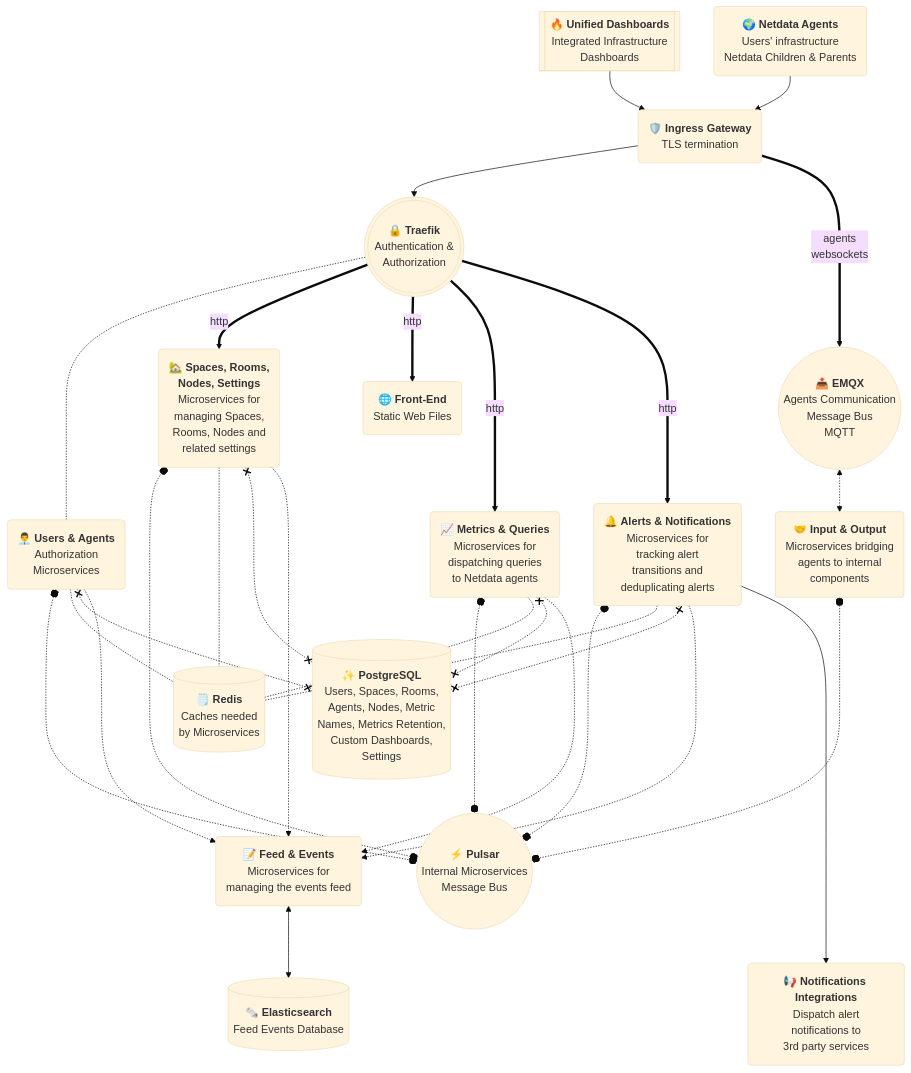
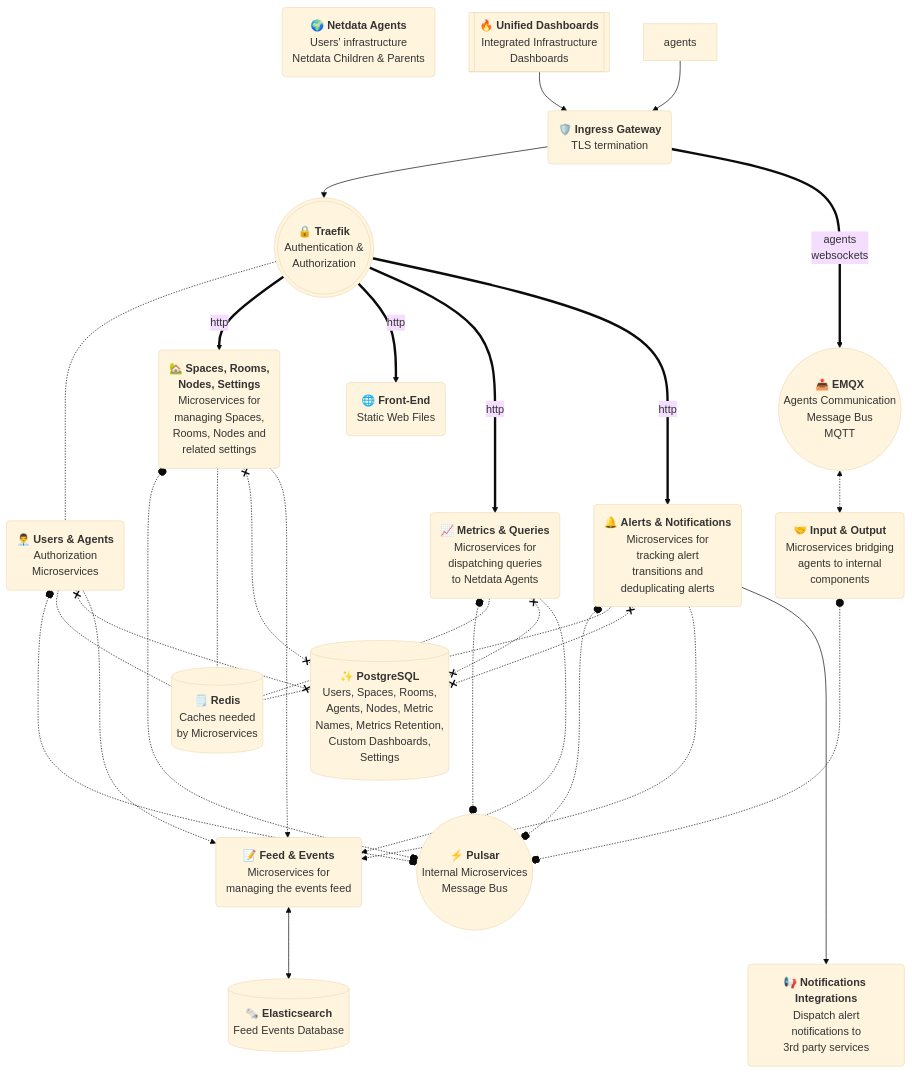
The diagram in docs/netdata-cloud/netdata-cloud-on-prem/README.md (Bvegas882/netdata), drawn with Mermaid (base theme) before and after one commit. The commit also changed 89 other files, not shown here.

````diff
--- a/docs/netdata-cloud/netdata-cloud-on-prem/README.md
+++ b/docs/netdata-cloud/netdata-cloud-on-prem/README.md
@@ -7,49 +7,49 @@
 ```mermaid
 flowchart TD
-    agents("🌍 <b>Netdata Agents</b><br/>Users' infrastructure<br/>Netdata Children & Parents")
+    Agents("🌍 <b>Netdata Agents</b><br/>Users' infrastructure<br/>Netdata Children & Parents")
     users[["🔥 <b>Unified Dashboards</b><br/>Integrated Infrastructure<br/>Dashboards"]]
     ingress("🛡️ <b>Ingress Gateway</b><br/>TLS termination")
     traefik((("🔒 <b>Traefik</b><br/>Authentication &<br/>Authorization")))
     emqx(("📤 <b>EMQX</b><br/>Agents Communication<br/>Message Bus<br/>MQTT"))
     pulsar(("⚡ <b>Pulsar</b><br/>Internal Microservices<br/>Message Bus"))
     frontend("🌐 <b>Front-End</b><br/>Static Web Files")
     auth("👨‍💼 <b>Users &amp; Agents</b><br/>Authorization<br/>Microservices")
     spaceroom("🏡 <b>Spaces, Rooms,<br/>Nodes, Settings</b><br/>Microservices for<br/>managing Spaces,<br/>Rooms, Nodes and<br/>related settings")
-    charts("📈 <b>Metrics & Queries</b><br/>Microservices for<br/>dispatching queries<br/>to Netdata agents")
+    charts("📈 <b>Metrics & Queries</b><br/>Microservices for<br/>dispatching queries<br/>to Netdata Agents")
     alerts("🔔 <b>Alerts & Notifications</b><br/>Microservices for<br/>tracking alert<br/>transitions and<br/>deduplicating alerts")
     sql[("✨ <b>PostgreSQL</b><br/>Users, Spaces, Rooms,<br/>Agents, Nodes, Metric<br/>Names, Metrics Retention,<br/>Custom Dashboards,<br/>Settings")]
     redis[("🗒️ <b>Redis</b><br/>Caches needed<br/>by Microservices")]
     elk[("🗞️ <b>Elasticsearch</b><br/>Feed Events Database")]
     bridges("🤝 <b>Input & Output</b><br/>Microservices bridging<br/>agents to internal<br/>components")
     notifications("📢 <b>Notifications Integrations</b><br/>Dispatch alert<br/>notifications to<br/>3rd party services")
     feed("📝 <b>Feed & Events</b><br/>Microservices for<br/>managing the events feed")
     users --> ingress
     agents --> ingress
     ingress --> traefik
     ingress ==>|agents<br/>websockets| emqx
     traefik -.- auth
     traefik ==>|http| spaceroom
     traefik ==>|http| frontend
     traefik ==>|http| charts
     traefik ==>|http| alerts
     spaceroom o-...-o pulsar
     spaceroom -.- redis
     spaceroom x-..-x sql
     spaceroom -.-> feed
     charts o-.-o pulsar
     charts -.- redis
     charts x-.-x sql
     charts -..-> feed
     alerts o-.-o pulsar
     alerts -.- redis
     alerts x-.-x sql
     alerts -..-> feed
     auth o-.-o pulsar
     auth -.- redis
     auth x-.-x sql
     auth -.-> feed
     feed <--> elk
     alerts ----> notifications
     %% auth ~~~ spaceroom
     emqx <.-> bridges o-..-o pulsar
 ```
````
